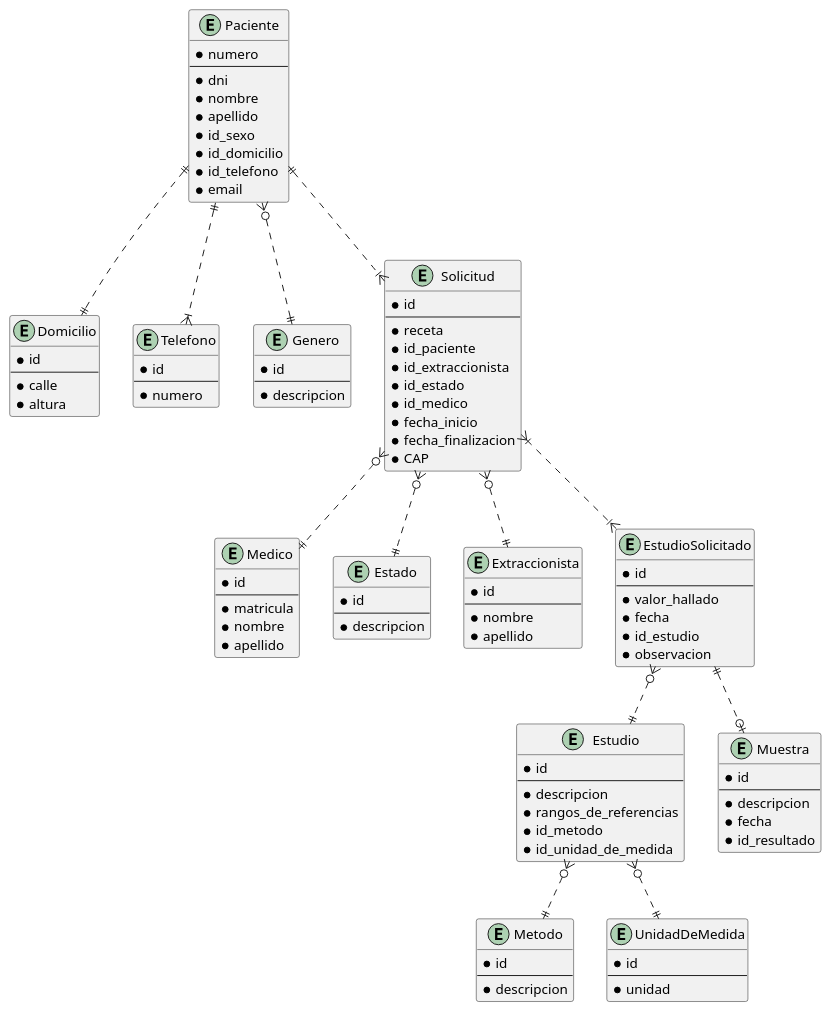
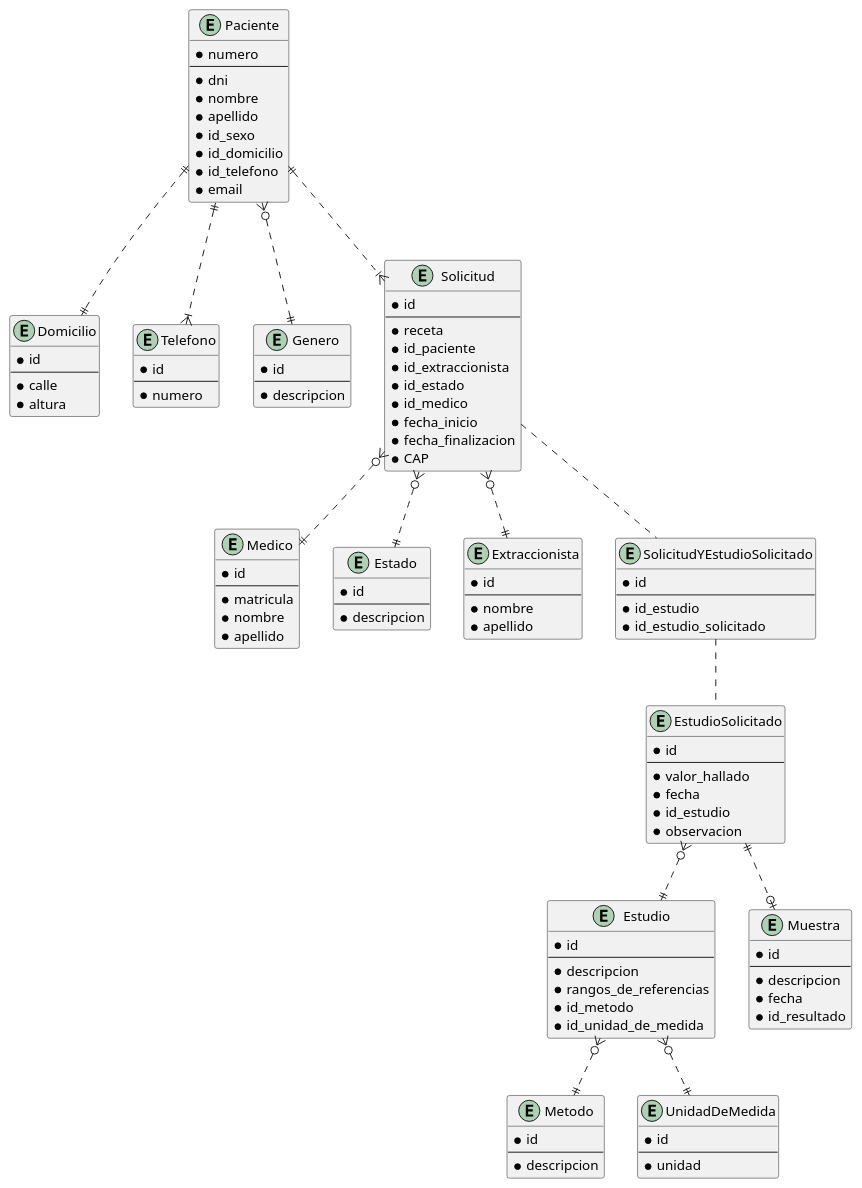
The diagram in Diagrams/BIOMEDICA.wsd (MateMar04/Biomedica), drawn with PlantUML before and after one commit. The commit also changed 1 other file, not shown here.

```diff
--- a/Diagrams/BIOMEDICA.wsd
+++ b/Diagrams/BIOMEDICA.wsd
@@ -1,118 +1,126 @@
 @startuml BIOMEDICA
 entity Medico {
     * id
     --
     * matricula
     * nombre
     * apellido
 }
 
 entity Domicilio {
     * id
     --
     * calle
     * altura
 }
 
 entity Telefono {
     * id
     --
     * numero
 }
 
 entity Genero {
     * id
     --
     * descripcion
 }
 
 entity Paciente {
     * numero
     --
     * dni
     * nombre
     * apellido
     * id_sexo
     * id_domicilio
     * id_telefono
     * email
 }
 
 entity Estado {
     * id
     --
     * descripcion
 }
 
 entity Estudio {
     * id
     --
     * descripcion
     * rangos_de_referencias
     * id_metodo
     * id_unidad_de_medida
 }
 
 entity Solicitud {
     * id
     --
     * receta
     * id_paciente
     * id_extraccionista
     * id_estado
     * id_medico
     * fecha_inicio
     * fecha_finalizacion
     * CAP
 }
 
 entity Extraccionista {
     * id
     --
     * nombre
     * apellido
 }
 
 entity Muestra {
     * id
     --
     * descripcion
     * fecha
     * id_resultado
 }
 
 entity Metodo {
     * id
     --
     * descripcion
 }
 
 entity EstudioSolicitado {
     * id
     --
     * valor_hallado
     * fecha
     * id_estudio
     * observacion
 }
 
 entity UnidadDeMedida {
     * id
     --
     * unidad
 }
 
+entity SolicitudYEstudioSolicitado {
+    * id
+    --
+    * id_estudio
+    * id_estudio_solicitado
+}
+
 Paciente ||..|| Domicilio
 Paciente ||..|{ Telefono
 Paciente }o..|| Genero
 Paciente ||..|{ Solicitud
 Solicitud }o..|| Medico
 Solicitud }o..|| Estado
 EstudioSolicitado ||..o| Muestra
 Solicitud }o..|| Extraccionista
 Estudio }o..|| Metodo
-Solicitud }|..|{ EstudioSolicitado
 Estudio }o..|| UnidadDeMedida
 EstudioSolicitado }o..|| Estudio
+Solicitud .. SolicitudYEstudioSolicitado
+SolicitudYEstudioSolicitado .. EstudioSolicitado
 
 @enduml
```
